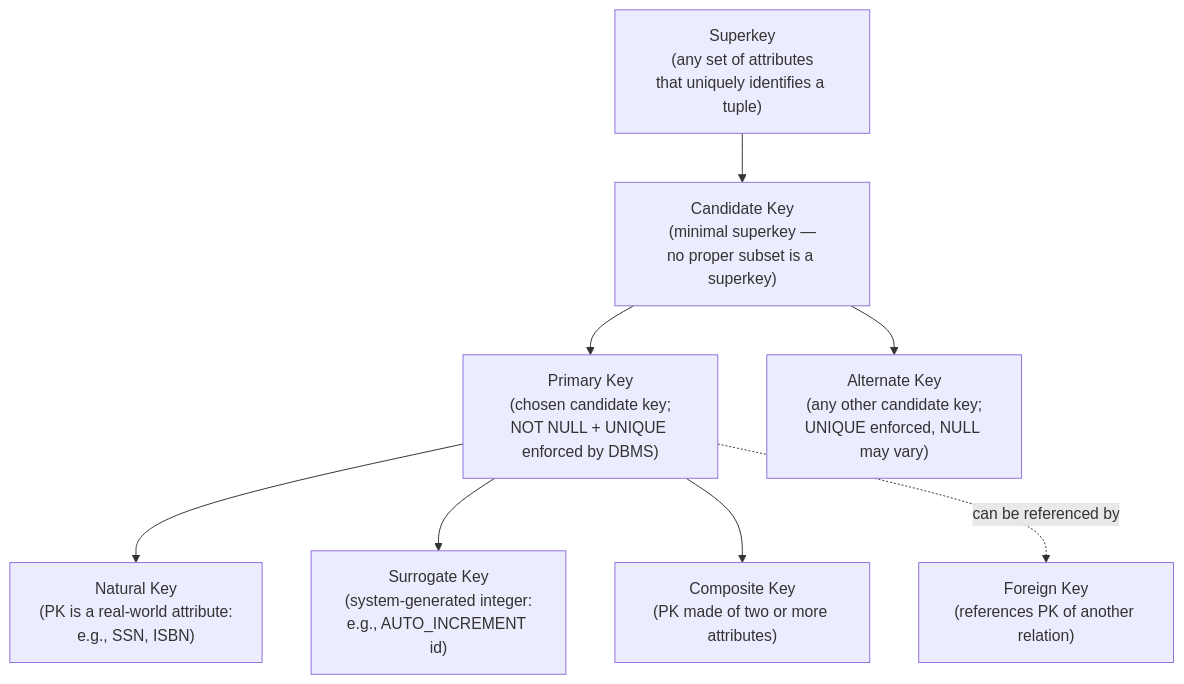
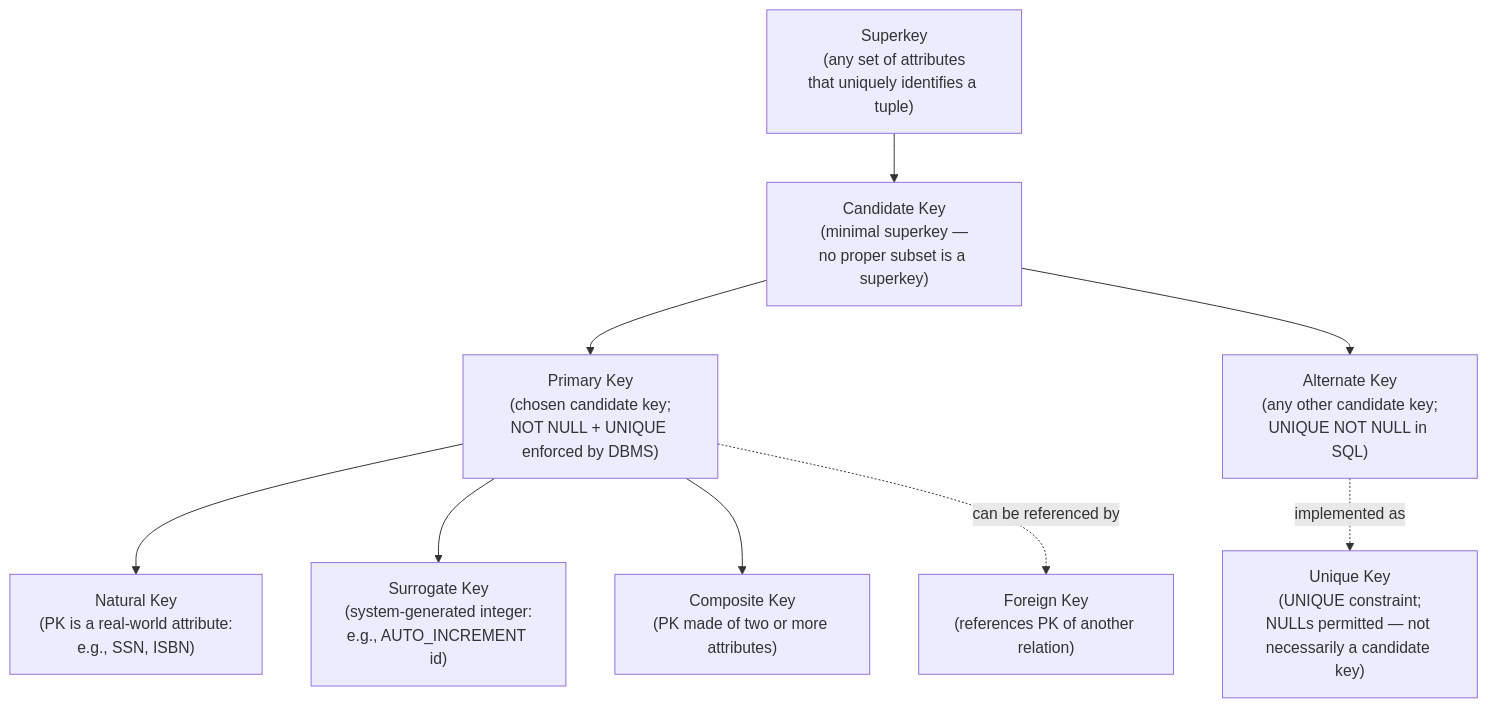
One commit to HusseinYounis/database changed the first of 17 diagrams in part-03-relational-model/ch05-relational-model.qmd. Above: the diagram before and after it, drawn with Mermaid. The commit also changed other lines of this file and 23 other files, not shown here.

````diff
--- a/part-03-relational-model/ch05-relational-model.qmd
+++ b/part-03-relational-model/ch05-relational-model.qmd
@@ -106,21 +611,23 @@
 ```{mermaid}
 %%| eval: true
 %%| echo: false
 flowchart TD
     SK["Superkey<br/>(any set of attributes<br/>that uniquely identifies a tuple)"]
     CK["Candidate Key<br/>(minimal superkey —<br/>no proper subset is a superkey)"]
     PK["Primary Key<br/>(chosen candidate key;<br/>NOT NULL + UNIQUE enforced by DBMS)"]
-    AK["Alternate Key<br/>(any other candidate key;<br/>UNIQUE enforced, NULL may vary)"]
+    AK["Alternate Key<br/>(any other candidate key;<br/>UNIQUE NOT NULL in SQL)"]
+    UK["Unique Key<br/>(UNIQUE constraint;<br/>NULLs permitted — not necessarily a candidate key)"]
     FK["Foreign Key<br/>(references PK of another relation)"]
     NK["Natural Key<br/>(PK is a real-world attribute:<br/>e.g., SSN, ISBN)"]
     SK2["Surrogate Key<br/>(system-generated integer:<br/>e.g., AUTO_INCREMENT id)"]
     COMP["Composite Key<br/>(PK made of two or more attributes)"]
 
     SK --> CK
     CK --> PK
     CK --> AK
+    AK -.->|"implemented as"| UK
     PK --> NK
     PK --> SK2
     PK --> COMP
     PK -.->|"can be referenced by"| FK
 ```
````
